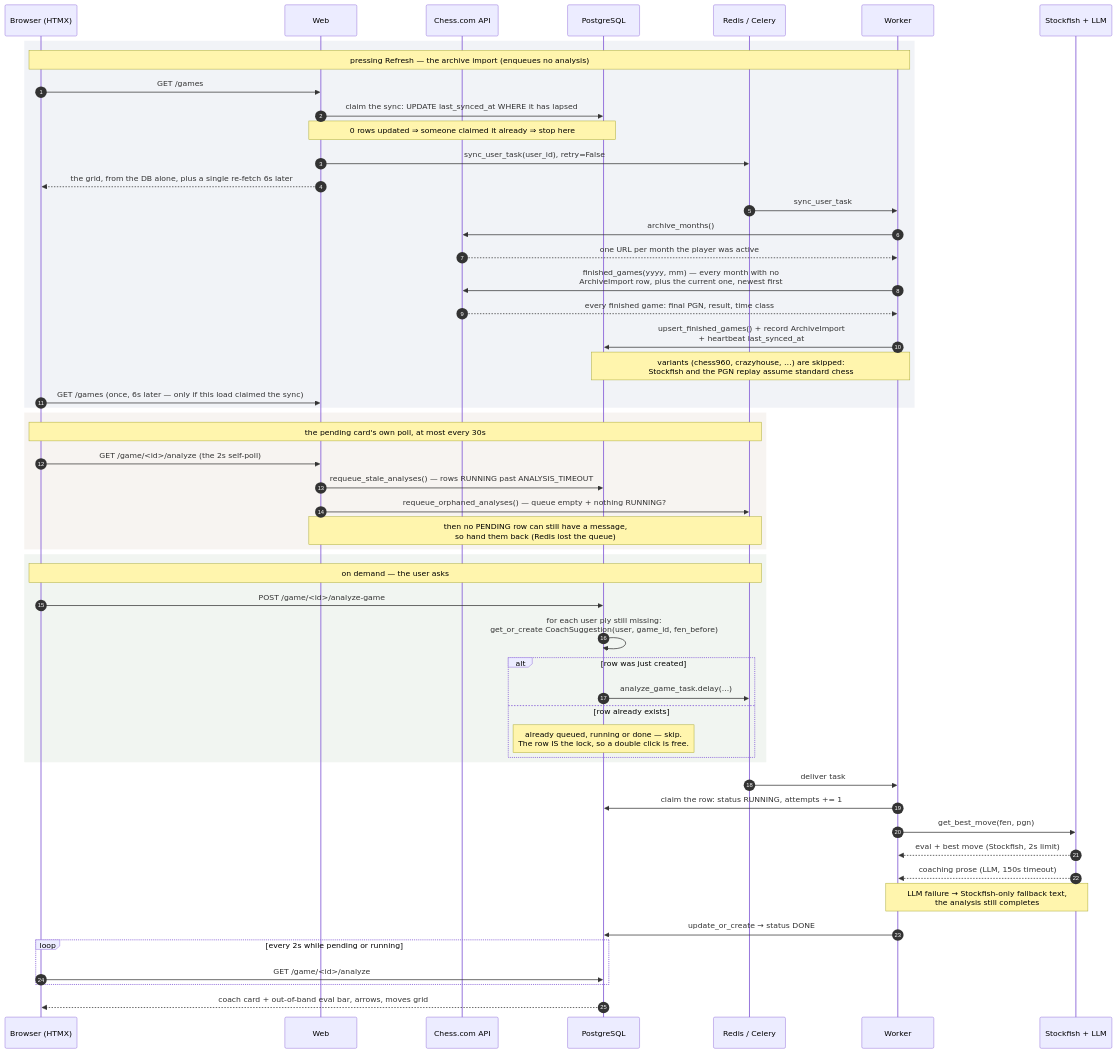
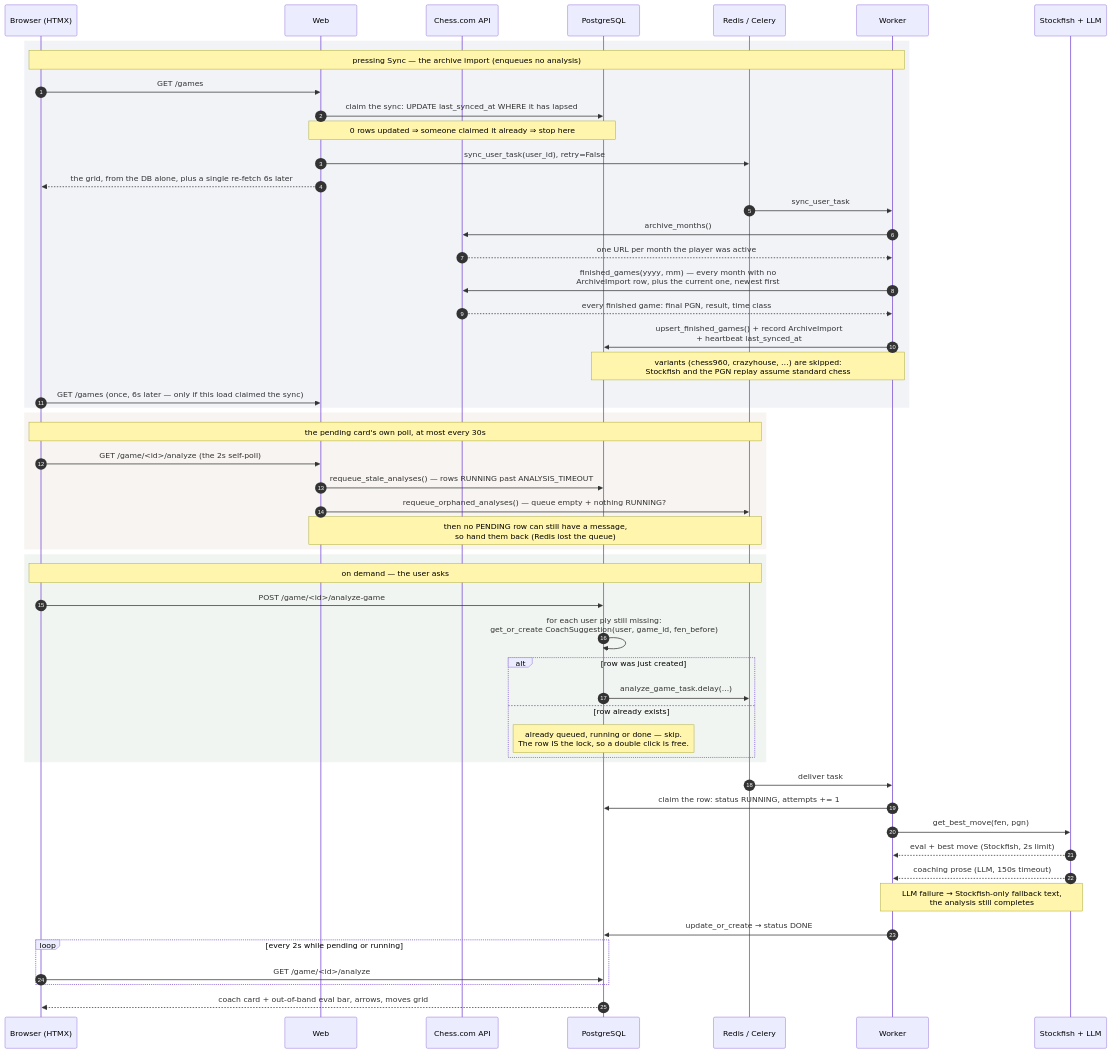
Before and after one commit to gab-25/chessdotcom_ai_coach: the second of 2 diagrams in docs/architecture.md, drawn with Mermaid. The commit also changed other lines of this file and 15 other files, not shown here.

First line of the commit message:
Call the home page's sync trigger Sync, not Refresh

````diff
--- a/docs/architecture.md
+++ b/docs/architecture.md
@@ -95,60 +95,60 @@
 ```mermaid
 sequenceDiagram
     autonumber
     participant B as Browser (HTMX)
     participant Web as Web
     participant C as Chess.com API
     participant DB as PostgreSQL
     participant Q as Redis / Celery
     participant W as Worker
     participant E as Stockfish + LLM
 
     rect rgba(120,140,180,0.10)
-    Note over B,W: pressing Refresh — the archive import (enqueues no analysis)
+    Note over B,W: pressing Sync — the archive import (enqueues no analysis)
     B->>Web: GET /games
     Web->>DB: claim the sync: UPDATE last_synced_at WHERE it has lapsed
     Note over Web,DB: 0 rows updated ⇒ someone claimed it already ⇒ stop here
     Web->>Q: sync_user_task(user_id), retry=False
     Web-->>B: the grid, from the DB alone, plus a single re-fetch 6s later
     Q->>W: sync_user_task
     W->>C: archive_months()
     C-->>W: one URL per month the player was active
     W->>C: finished_games(yyyy, mm) — every month with no<br/>ArchiveImport row, plus the current one, newest first
     C-->>W: every finished game: final PGN, result, time class
     W->>DB: upsert_finished_games() + record ArchiveImport<br/>+ heartbeat last_synced_at
     Note over W,DB: variants (chess960, crazyhouse, …) are skipped:<br/>Stockfish and the PGN replay assume standard chess
     B->>Web: GET /games (once, 6s later — only if this load claimed the sync)
     end
 
     rect rgba(180,150,120,0.10)
     Note over B,Q: the pending card's own poll, at most every 30s
     B->>Web: GET /game/<id>/analyze (the 2s self-poll)
     Web->>DB: requeue_stale_analyses() — rows RUNNING past ANALYSIS_TIMEOUT
     Web->>Q: requeue_orphaned_analyses() — queue empty + nothing RUNNING?
     Note over Web,Q: then no PENDING row can still have a message,<br/>so hand them back (Redis lost the queue)
     end
 
     rect rgba(120,160,120,0.10)
     Note over B,Q: on demand — the user asks
     B->>DB: POST /game/<id>/analyze-game
     DB->>DB: for each user ply still missing:<br/>get_or_create CoachSuggestion(user, game_id, fen_before)
     alt row was just created
         DB->>Q: analyze_game_task.delay(...)
     else row already exists
         Note over DB: already queued, running or done — skip.<br/>The row IS the lock, so a double click is free.
     end
     end
 
     Q->>W: deliver task
     W->>DB: claim the row: status RUNNING, attempts += 1
     W->>E: get_best_move(fen, pgn)
     E-->>W: eval + best move (Stockfish, 2s limit)
     E-->>W: coaching prose (LLM, 150s timeout)
     Note over W,E: LLM failure → Stockfish-only fallback text,<br/>the analysis still completes
     W->>DB: update_or_create → status DONE
 
     loop every 2s while pending or running
         B->>DB: GET /game/<id>/analyze
     end
     DB-->>B: coach card + out-of-band eval bar, arrows, moves grid
 ```
````
